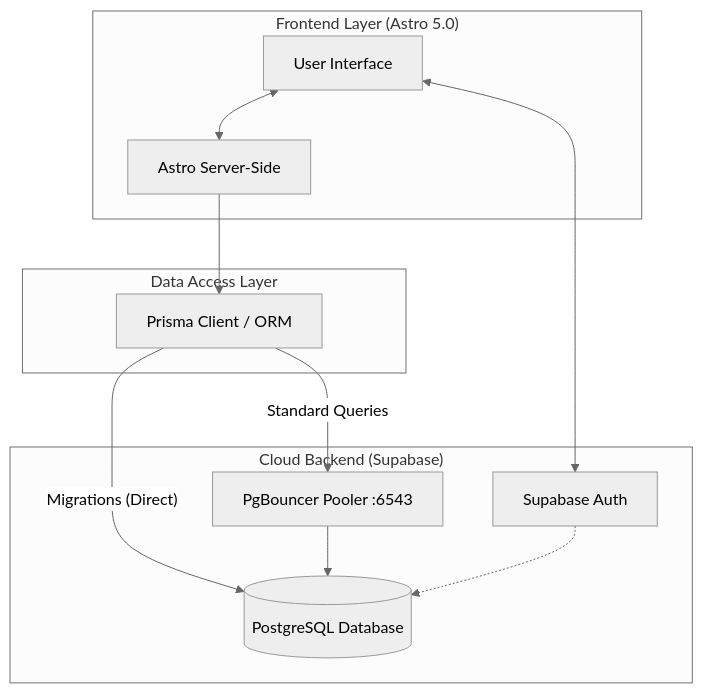
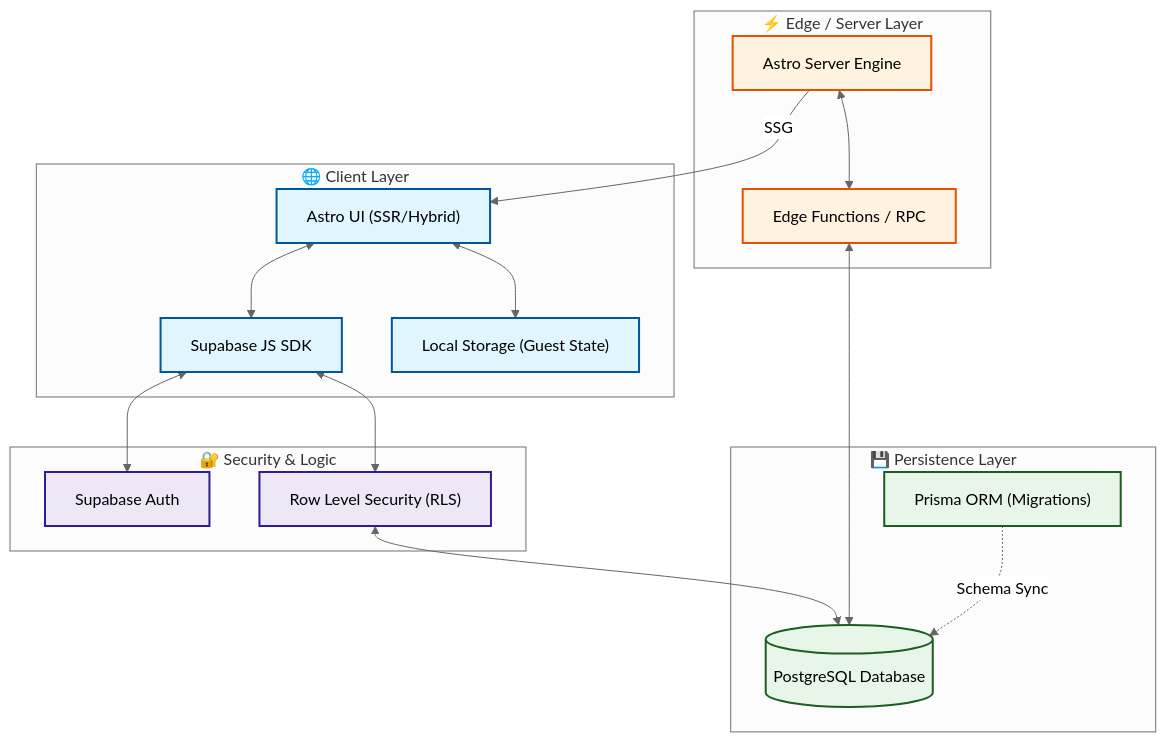
One commit to Devsebastian44/DevBlog changed the diagram in README.md. Above: the diagram before and after it, drawn with Mermaid (neutral theme). The commit also changed other lines of this file and 1 other file, not shown here.

Commit message:
Version 1

````diff
--- a/README.md
+++ b/README.md
@@ -28,25 +28,47 @@
 ```mermaid
-graph TD
-    subgraph "Frontend Layer (Astro 5.0)"
-        UI[User Interface]
-        Server[Astro Server-Side]
+graph TB
+    subgraph "🌐 Client Layer"
+        UI["Astro UI (SSR/Hybrid)"]
+        SDK["Supabase JS SDK"]
+        LS["Local Storage (Guest State)"]
     end
 
-    subgraph "Data Access Layer"
-        Prisma[Prisma Client / ORM]
+    subgraph "⚡ Edge / Server Layer"
+        Astro["Astro Server Engine"]
+        API["Edge Functions / RPC"]
     end
 
-    subgraph "Cloud Backend (Supabase)"
-        Pooler[PgBouncer Pooler :6543]
-        DB[(PostgreSQL Database)]
-        Auth[Supabase Auth]
+    subgraph "🔐 Security & Logic"
+        Auth["Supabase Auth"]
+        RLS["Row Level Security (RLS)"]
     end
 
-    UI <--> Server
-    Server --> Prisma
-    Prisma -- "Standard Queries" --> Pooler
-    Prisma -- "Migrations (Direct)" --> DB
-    Pooler --> DB
-    UI <--> Auth
-    Auth -.-> DB
+    subgraph "💾 Persistence Layer"
+        DB[("PostgreSQL Database")]
+        Prisma["Prisma ORM (Migrations)"]
+    end
+
+    %% Interactions
+    UI <--> SDK
+    SDK <--> Auth
+    SDK <--> RLS
+    RLS <--> DB
+    UI <--> LS
+    
+    Astro -->|SSG| UI
+    Astro <--> API
+    API <--> DB
+    
+    Prisma -.->|Schema Sync| DB
+
+    %% Styling
+    classDef client fill:#e1f5fe,stroke:#01579b,stroke-width:2px;
+    classDef server fill:#fff3e0,stroke:#e65100,stroke-width:2px;
+    classDef security fill:#ede7f6,stroke:#311b92,stroke-width:2px;
+    classDef storage fill:#e8f5e9,stroke:#1b5e20,stroke-width:2px;
+
+    class UI,SDK,LS client;
+    class Astro,API server;
+    class Auth,RLS security;
+    class DB,Prisma storage;
 ```
````
